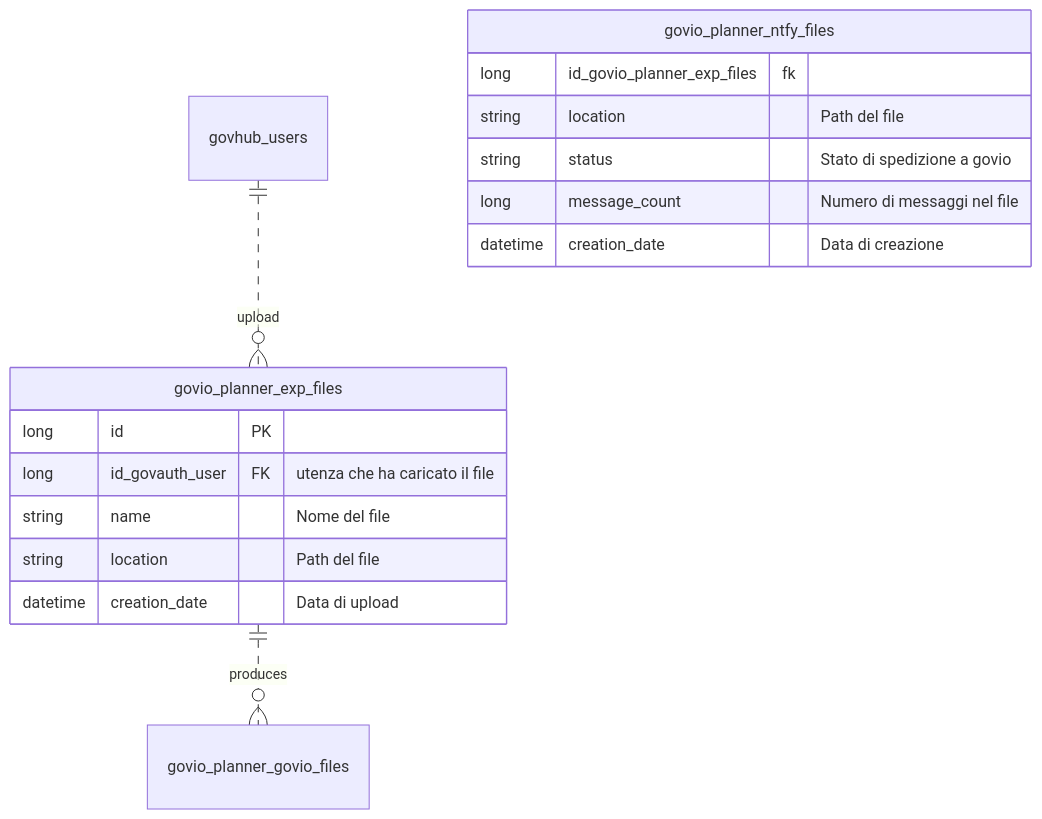
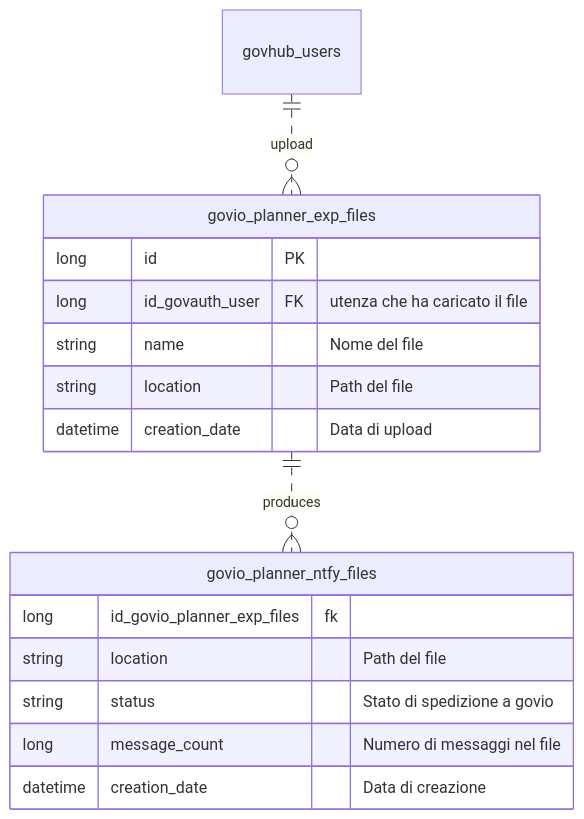
One commit to link-it/govio-planner changed the diagram in README.md. Above: the diagram before and after it, drawn with Mermaid.

````diff
--- a/README.md
+++ b/README.md
@@ -34,22 +34,22 @@
 ```mermaid
 erDiagram
     govhub_users ||..o{ govio_planner_exp_files : upload  
-    govio_planner_exp_files ||..o{ govio_planner_govio_files : produces
+    govio_planner_exp_files ||..o{ govio_planner_ntfy_files : produces
 
     govio_planner_exp_files {
         long id PK
         long id_govauth_user FK "utenza che ha caricato il file" 
         string name "Nome del file"
         string location "Path del file"
         datetime creation_date "Data di upload"
     }
 
     govio_planner_ntfy_files {
         long id_govio_planner_exp_files fk
         string location "Path del file" 
         string status "Stato di spedizione a govio"
         long message_count "Numero di messaggi nel file"
         datetime creation_date "Data di creazione"
     }
 
 ```
````
